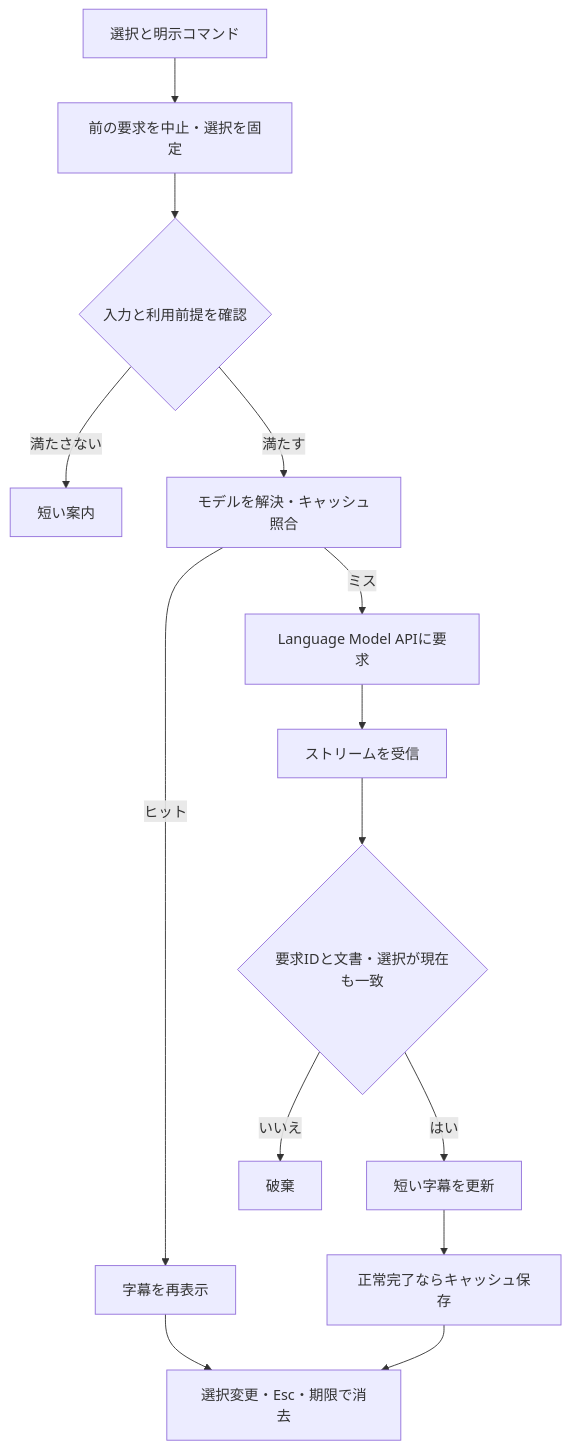
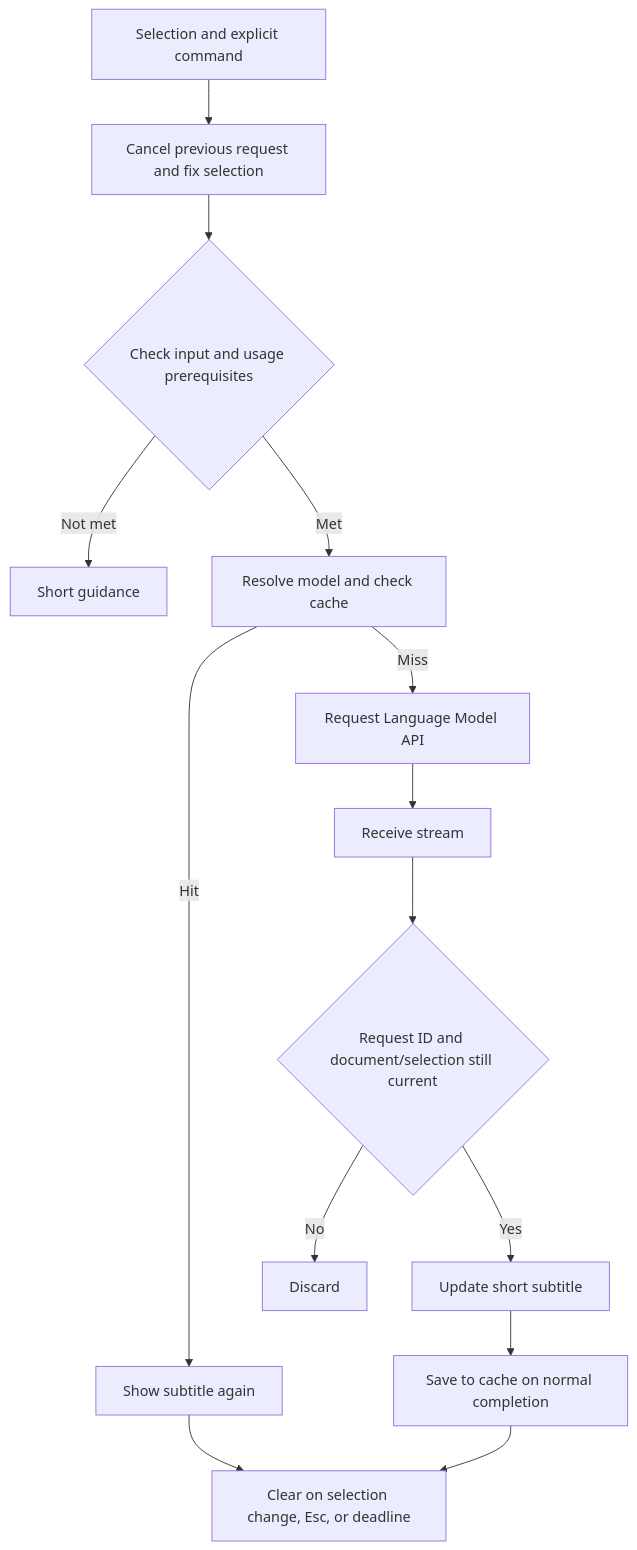
One commit to shm11C3/code-subtitle changed the diagram in docs/minimal-design.md. Above: the diagram before and after it, drawn with Mermaid. The commit also changed other lines of this file and 38 other files, not shown here.

````diff
--- a/docs/minimal-design.md
+++ b/docs/minimal-design.md
@@ -19,16 +19,16 @@
 ```mermaid
 flowchart TD
-  A[選択と明示コマンド] --> B[前の要求を中止・選択を固定]
-  B --> C{入力と利用前提を確認}
-  C -->|満たさない| D[短い案内]
-  C -->|満たす| E[モデルを解決・キャッシュ照合]
-  E -->|ヒット| F[字幕を再表示]
-  E -->|ミス| G[Language Model APIに要求]
-  G --> H[ストリームを受信]
-  H --> I{要求IDと文書・選択が現在も一致}
-  I -->|いいえ| J[破棄]
-  I -->|はい| K[短い字幕を更新]
-  K --> L[正常完了ならキャッシュ保存]
-  F --> M[選択変更・Esc・期限で消去]
+  A[Selection and explicit command] --> B[Cancel previous request and fix selection]
+  B --> C{Check input and usage prerequisites}
+  C -->|Not met| D[Short guidance]
+  C -->|Met| E[Resolve model and check cache]
+  E -->|Hit| F[Show subtitle again]
+  E -->|Miss| G[Request Language Model API]
+  G --> H[Receive stream]
+  H --> I{Request ID and document/selection still current}
+  I -->|No| J[Discard]
+  I -->|Yes| K[Update short subtitle]
+  K --> L[Save to cache on normal completion]
+  F --> M[Clear on selection change, Esc, or deadline]
   L --> M
 ```
````
